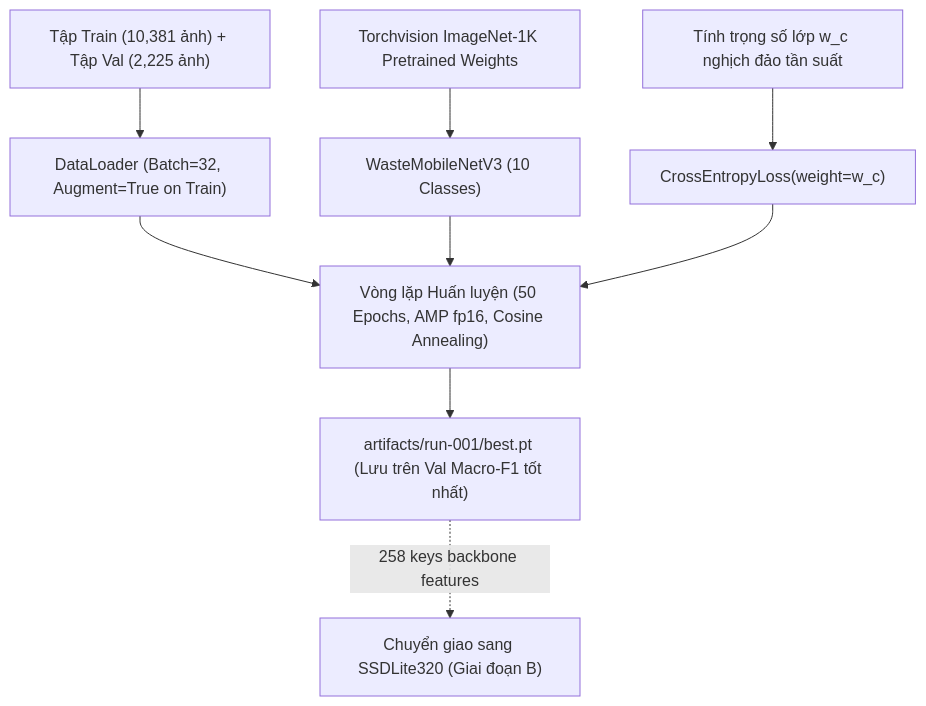
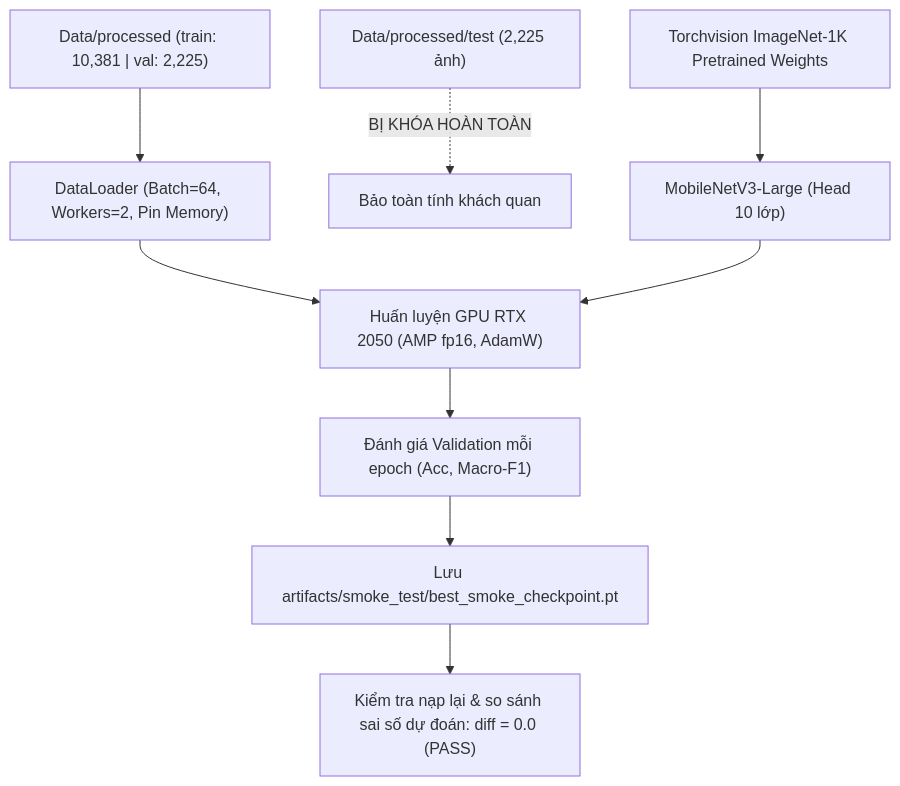
One commit to Nhan-create/CNTT-KLCN155-waste-detection changed the diagram in docs/plan/05_SINGLE_OBJECT_TRAINING.md. Above: the diagram before and after it, drawn with Mermaid. The commit also changed other lines of this file and 35 other files, not shown here.

Commit message:
feat(r2.1): rectify data audit, verify split leakage, audit backbone transfer, and run smoke test

````diff
--- a/docs/plan/05_SINGLE_OBJECT_TRAINING.md
+++ b/docs/plan/05_SINGLE_OBJECT_TRAINING.md
@@ -38,9 +55,10 @@
 ```mermaid
 flowchart TD
-    DATA["Tập Train (10,381 ảnh) + Tập Val (2,225 ảnh)"] --> LOADER["DataLoader (Batch=32, Augment=True on Train)"]
-    INIT["Torchvision ImageNet-1K Pretrained Weights"] --> MODEL["WasteMobileNetV3 (10 Classes)"]
-    WEIGHTS["Tính trọng số lớp w_c nghịch đảo tần suất"] --> LOSS["CrossEntropyLoss(weight=w_c)"]
-    LOADER & MODEL & LOSS --> TRAIN["Vòng lặp Huấn luyện (50 Epochs, AMP fp16, Cosine Annealing)"]
-    TRAIN --> BEST["artifacts/run-001/best.pt (Lưu trên Val Macro-F1 tốt nhất)"]
-    BEST -.->|258 keys backbone features| SSDLITE["Chuyển giao sang SSDLite320 (Giai đoạn B)"]
+    SUB_DATA["Data/processed (train: 10,381 | val: 2,225)"] --> LOADER["DataLoader (Batch=64, Workers=2, Pin Memory)"]
+    TEST_DATA["Data/processed/test (2,225 ảnh)"] -.->|BỊ KHÓA HOÀN TOÀN| ISOLATED["Bảo toàn tính khách quan"]
+    TORCH_INIT["Torchvision ImageNet-1K Pretrained Weights"] --> MODEL["MobileNetV3-Large (Head 10 lớp)"]
+    LOADER & MODEL --> TRAIN_LOOP["Huấn luyện GPU RTX 2050 (AMP fp16, AdamW)"]
+    TRAIN_LOOP --> VAL_LOOP["Đánh giá Validation mỗi epoch (Acc, Macro-F1)"]
+    VAL_LOOP --> BEST_CKPT["Lưu artifacts/smoke_test/best_smoke_checkpoint.pt"]
+    BEST_CKPT --> RELOAD_TEST["Kiểm tra nạp lại & so sánh sai số dự đoán: diff = 0.0 (PASS)"]
 ```
````
